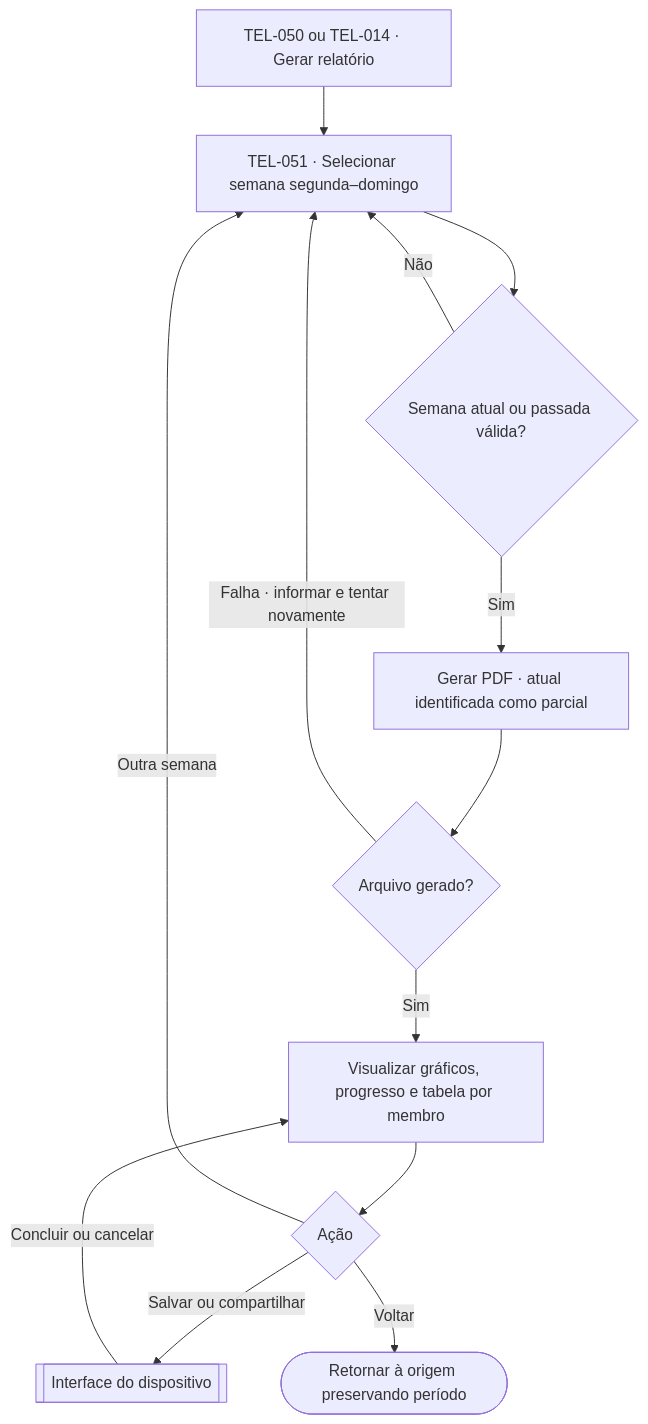
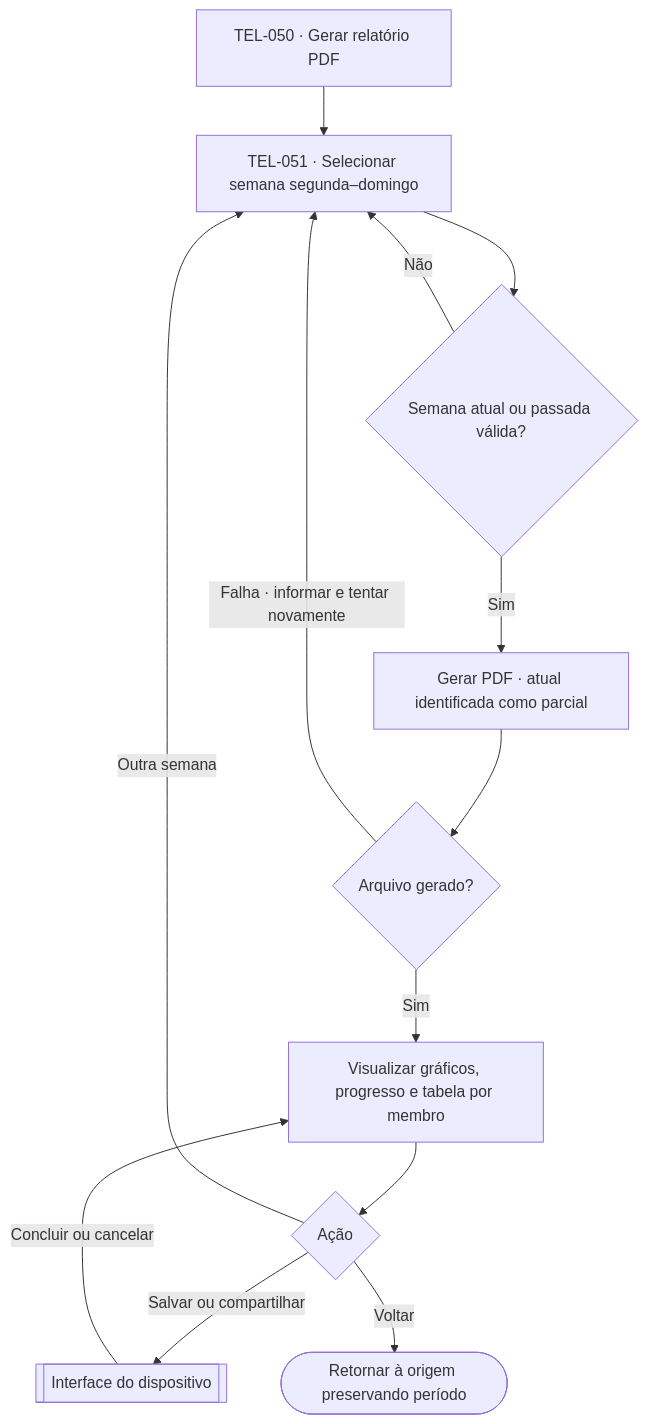
Before and after one commit to lizandramalta/App-Rotina-Familiar: diagram 14 of 15 in docs/design/user-flows.md, drawn with Mermaid. The commit also changed other lines of this file and 20 other files, not shown here.

````diff
--- a/docs/design/user-flows.md
+++ b/docs/design/user-flows.md
@@ -492,15 +496,15 @@
 ```mermaid
 flowchart TD
-    A["TEL-050 ou TEL-014 · Gerar relatório"] --> B["TEL-051 · Selecionar semana segunda–domingo"]
+    A["TEL-050 · Gerar relatório PDF"] --> B["TEL-051 · Selecionar semana segunda–domingo"]
     B --> C{"Semana atual ou passada válida?"}
     C -->|Não| B
     C -->|Sim| D["Gerar PDF · atual identificada como parcial"]
     D --> E{"Arquivo gerado?"}
     E -->|Falha · informar e tentar novamente| B
     E -->|Sim| F["Visualizar gráficos, progresso e tabela por membro"]
     F --> G{"Ação"}
     G -->|Salvar ou compartilhar| H[["Interface do dispositivo"]]
     H -->|Concluir ou cancelar| F
     G -->|Outra semana| B
     G -->|Voltar| I(["Retornar à origem preservando período"])
 ```
````
